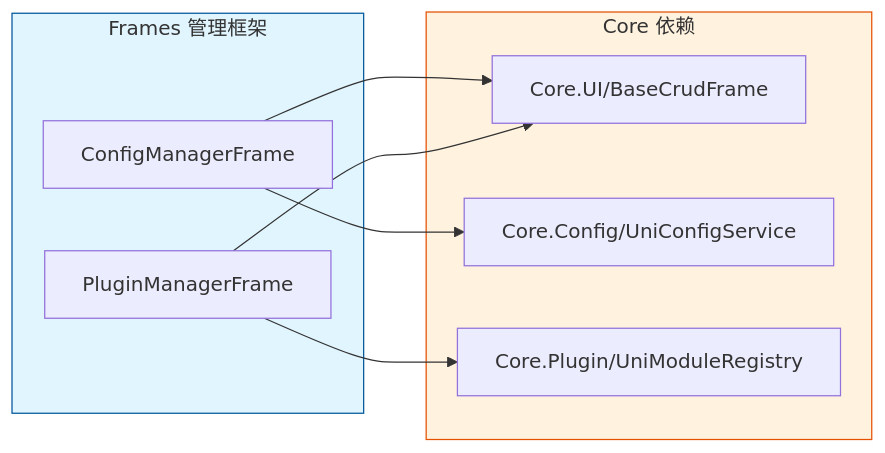
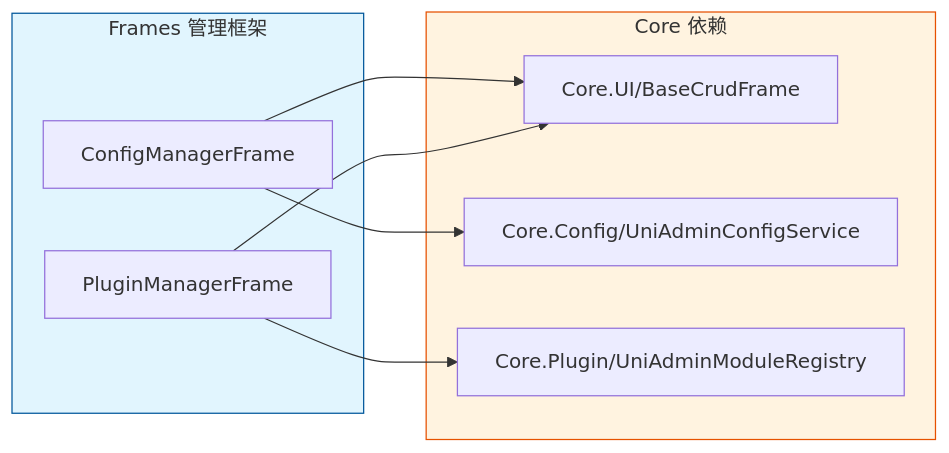
Before and after one commit to elvis-shi-Canada/unigui-admin: the diagram in src/Frames/CLAUDE.md, drawn with Mermaid. The commit also changed 73 other files, not shown here.

````diff
--- a/src/Frames/CLAUDE.md
+++ b/src/Frames/CLAUDE.md
@@ -43,21 +43,21 @@
 ```mermaid
 graph LR
     subgraph Frames["Frames 管理框架"]
         CMF["ConfigManagerFrame"]
         PMF["PluginManagerFrame"]
     end
 
     subgraph Core依赖["Core 依赖"]
         BCF["Core.UI/BaseCrudFrame"]
-        CS["Core.Config/UniConfigService"]
-        MR["Core.Plugin/UniModuleRegistry"]
+        CS["Core.Config/UniAdminConfigService"]
+        MR["Core.Plugin/UniAdminModuleRegistry"]
     end
 
     CMF --> BCF
     CMF --> CS
     PMF --> BCF
     PMF --> MR
 
     style Frames fill:#e1f5fe,stroke:#01579b
     style Core依赖 fill:#fff3e0,stroke:#e65100
 ```
````
